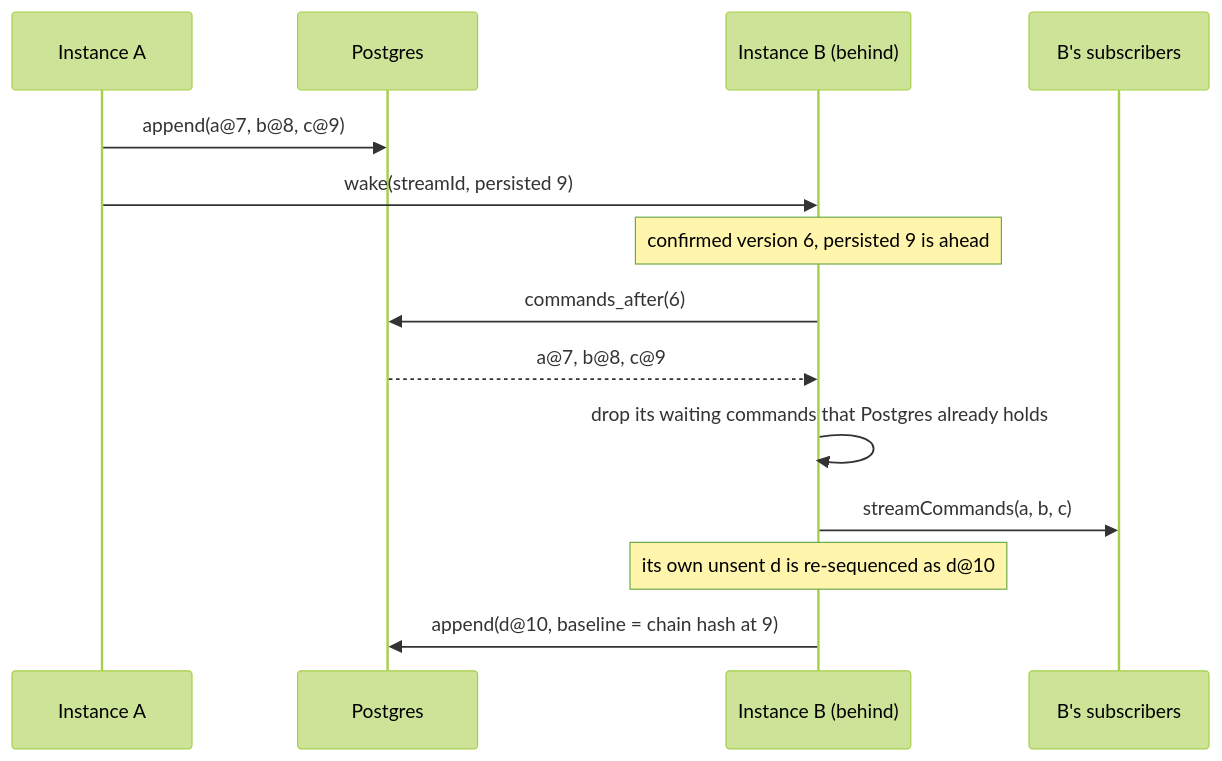
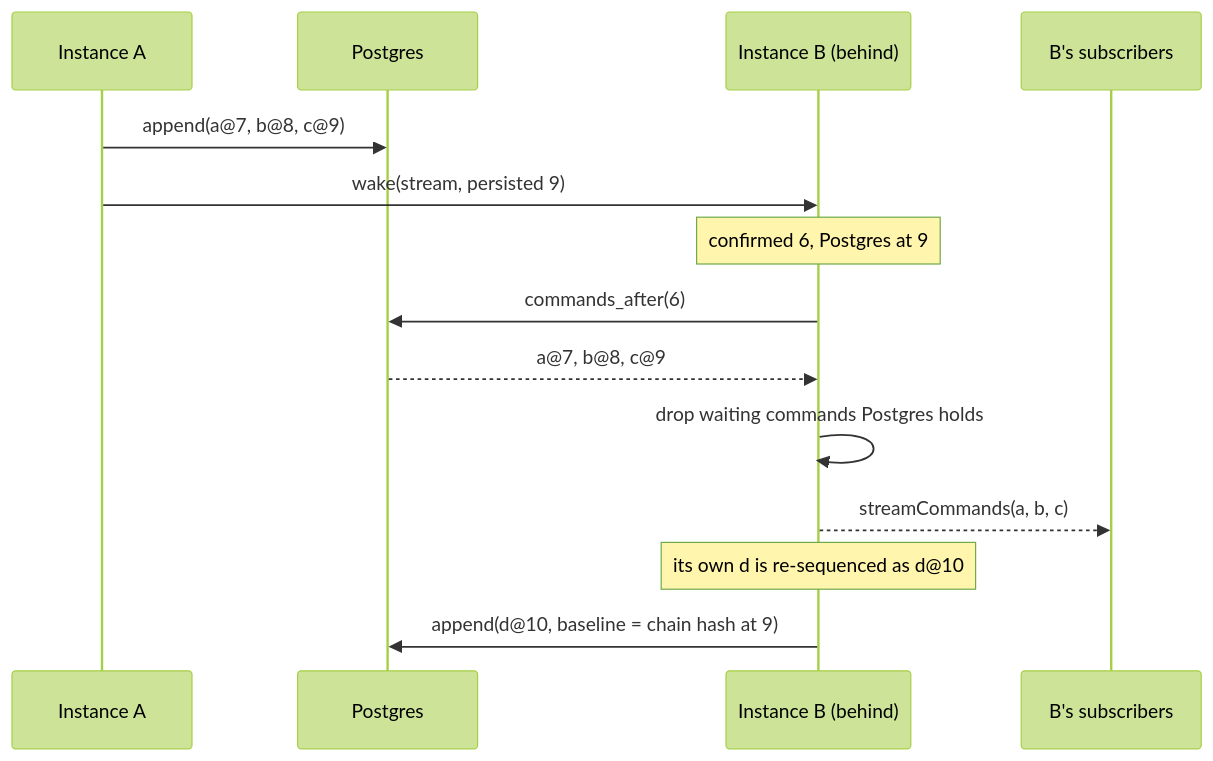
Before and after one commit to gzp79/shine-services: the fourth of 7 diagrams in docs/services/builder/hub.md, drawn with Mermaid (forest theme). The commit also changed other lines of this file, not shown here.

````diff
--- a/docs/services/builder/hub.md
+++ b/docs/services/builder/hub.md
@@ -92,17 +126,17 @@
 ```mermaid
 sequenceDiagram
     participant A as Instance A
     participant P as Postgres
     participant B as Instance B (behind)
     participant C as B's subscribers
 
     A->>P: append(a@7, b@8, c@9)
-    A->>B: wake(streamId, persisted 9)
-    Note over B: confirmed version 6, persisted 9 is ahead
+    A->>B: wake(stream, persisted 9)
+    Note over B: confirmed 6, Postgres at 9
     B->>P: commands_after(6)
     P-->>B: a@7, b@8, c@9
-    B->>B: drop its waiting commands that Postgres already holds
-    B->>C: streamCommands(a, b, c)
-    Note over B: its own unsent d is re-sequenced as d@10
+    B->>B: drop waiting commands Postgres holds
+    B-->>C: streamCommands(a, b, c)
+    Note over B: its own d is re-sequenced as d@10
     B->>P: append(d@10, baseline = chain hash at 9)
 ```
````
